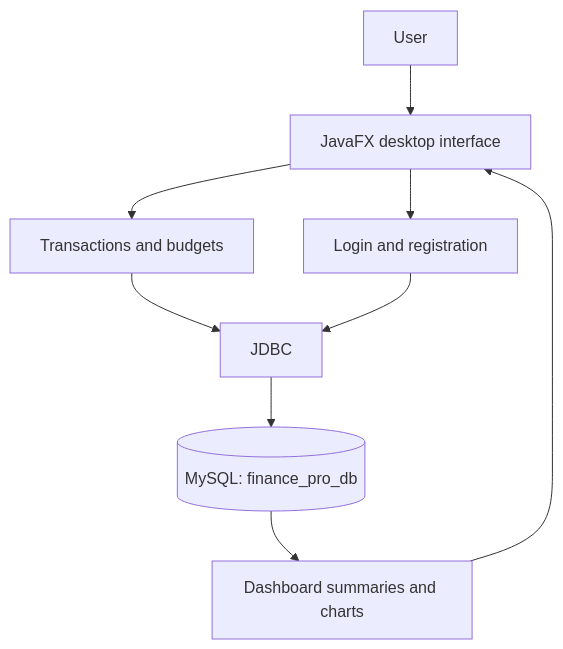
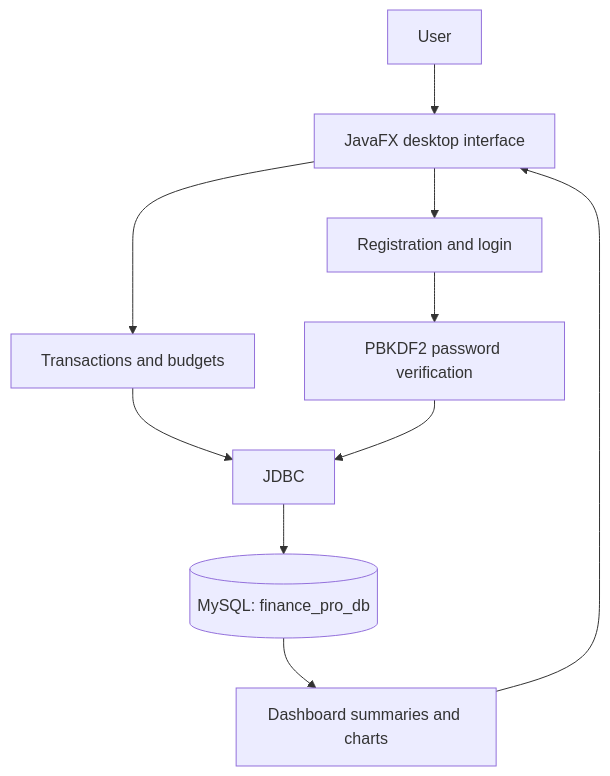
The diagram in README.md (makmarb12/advanced-FinanceAp), drawn with Mermaid before and after one commit. The commit also changed other lines of this file, not shown here.

````diff
--- a/README.md
+++ b/README.md
@@ -55,11 +34,12 @@
 ```mermaid
 flowchart TD
     U[User] --> UI[JavaFX desktop interface]
-    UI --> AUTH[Login and registration]
+    UI --> AUTH[Registration and login]
     UI --> TX[Transactions and budgets]
+    AUTH --> HASH[PBKDF2 password verification]
     TX --> JDBC[JDBC]
-    AUTH --> JDBC
+    HASH --> JDBC
     JDBC --> DB[(MySQL: finance_pro_db)]
     DB --> DASH[Dashboard summaries and charts]
     DASH --> UI
 ```
````
